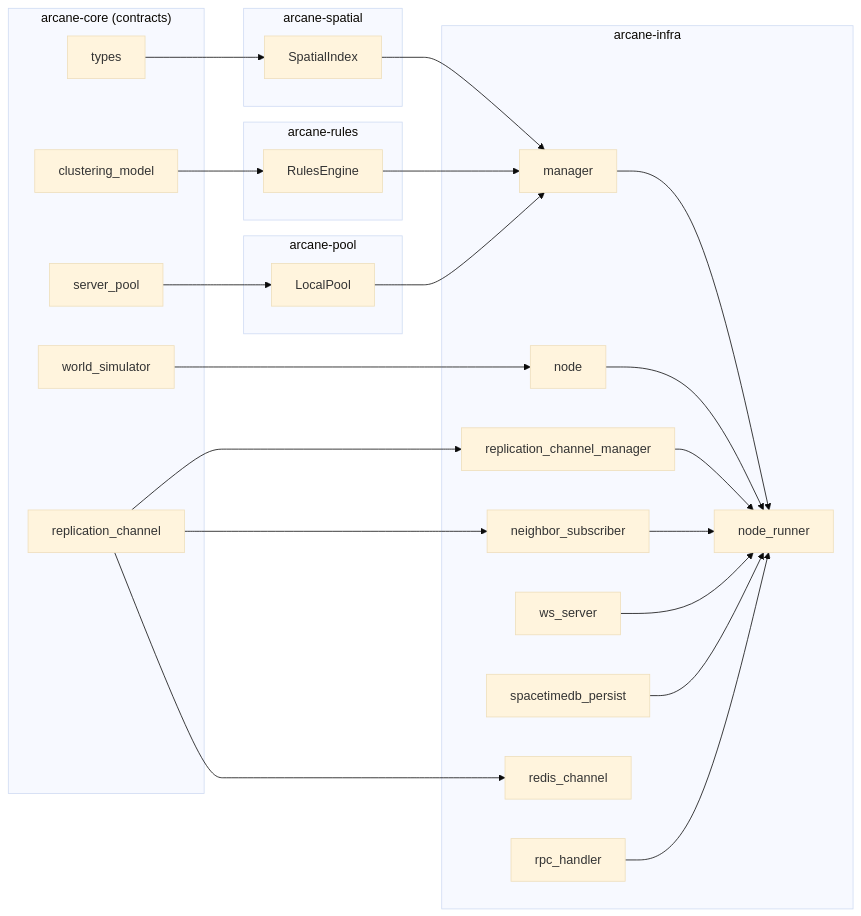
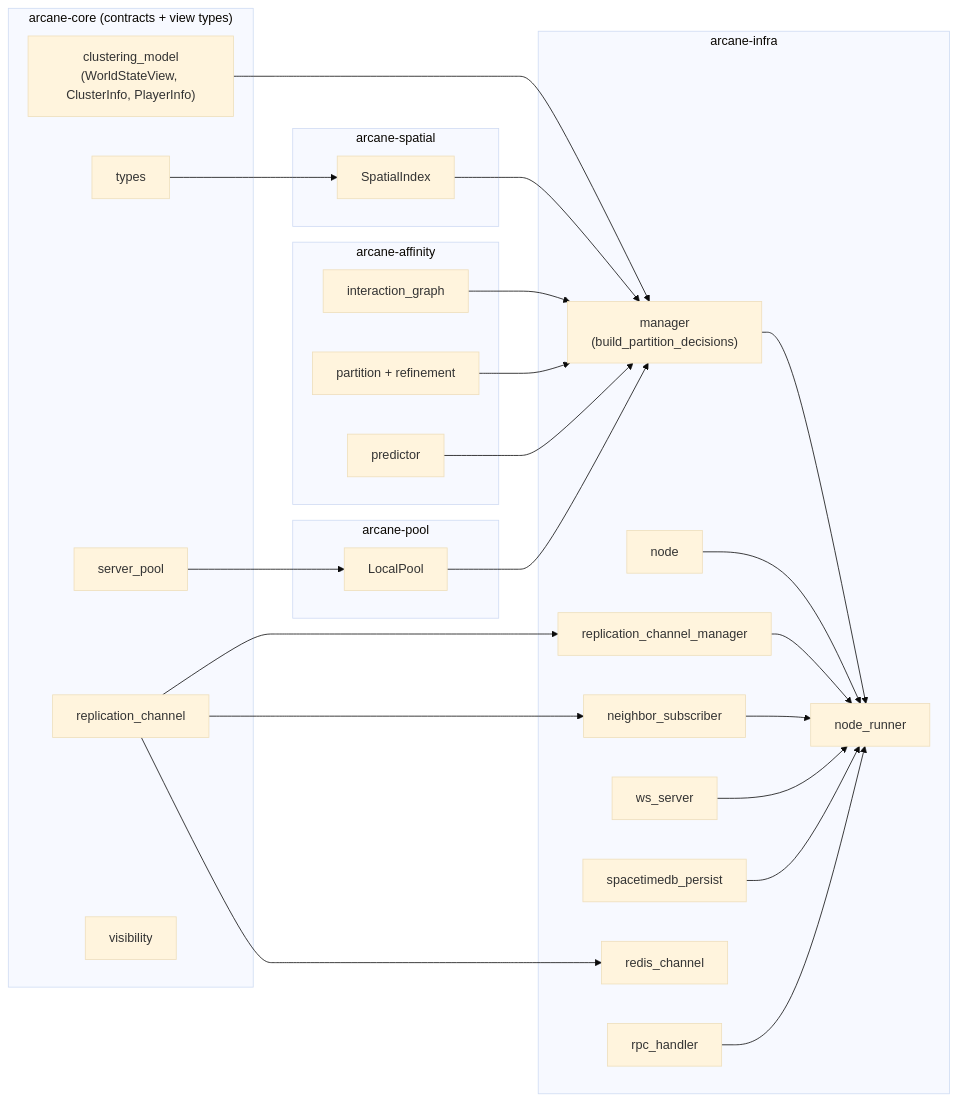
One commit to brainy-bots/arcane changed the diagram in docs/MODULE_INTERACTIONS.md. Above: the diagram before and after it, drawn with Mermaid (base theme). The commit also changed other lines of this file and 21 other files, not shown here.

````diff
--- a/docs/MODULE_INTERACTIONS.md
+++ b/docs/MODULE_INTERACTIONS.md
@@ -9,54 +9,57 @@
 ```mermaid
 flowchart LR
-  subgraph Core["arcane-core (contracts)"]
+  subgraph Core["arcane-core (contracts + view types)"]
     Types["types"]
-    Model["clustering_model"]
+    Model["clustering_model<br/>(WorldStateView, ClusterInfo, PlayerInfo)"]
     PoolIf["server_pool"]
     ReplIf["replication_channel"]
-    SimIf["world_simulator"]
+    Vis["visibility"]
   end
 
   subgraph Spatial["arcane-spatial"]
     SIndex["SpatialIndex"]
   end
 
-  subgraph Rules["arcane-rules"]
-    RulesEngine["RulesEngine"]
+  subgraph Affinity["arcane-affinity"]
+    IGraph["interaction_graph"]
+    Partition["partition + refinement"]
+    Predictor["predictor"]
   end
 
   subgraph Pool["arcane-pool"]
     LocalPool["LocalPool"]
   end
 
   subgraph Infra["arcane-infra"]
-    Manager["manager"]
+    Manager["manager<br/>(build_partition_decisions)"]
     Server["node"]
     Runner["node_runner"]
     Ws["ws_server"]
     ReplMgr["replication_channel_manager"]
     Neighbor["neighbor_subscriber"]
     Persist["spacetimedb_persist"]
     Redis["redis_channel"]
     Rpc["rpc_handler"]
   end
 
   Types --> SIndex
-  Model --> RulesEngine
+  Model --> Manager
   PoolIf --> LocalPool
   ReplIf --> Redis
   ReplIf --> ReplMgr
   ReplIf --> Neighbor
-  SimIf --> Server
 
   SIndex --> Manager
-  RulesEngine --> Manager
+  IGraph --> Manager
+  Partition --> Manager
+  Predictor --> Manager
   LocalPool --> Manager
 
   Manager --> Runner
   Server --> Runner
   ReplMgr --> Runner
   Neighbor --> Runner
   Ws --> Runner
   Persist --> Runner
   Rpc --> Runner
 ```
````
